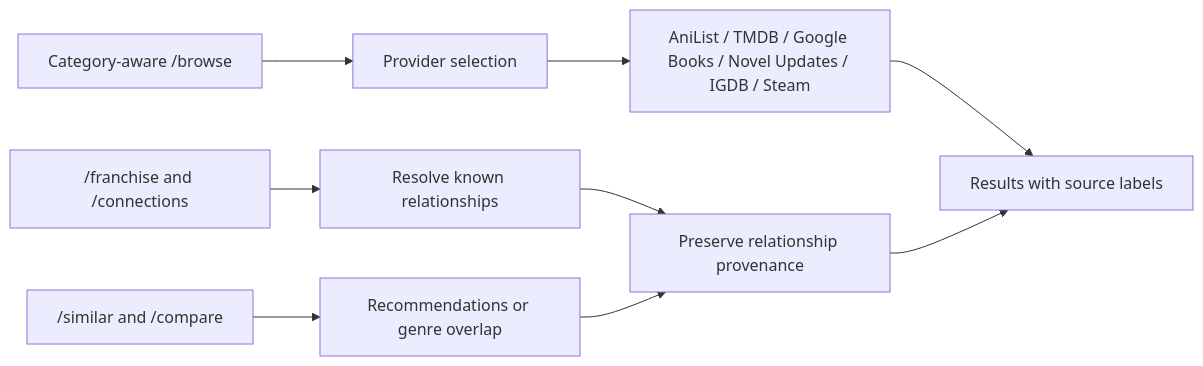
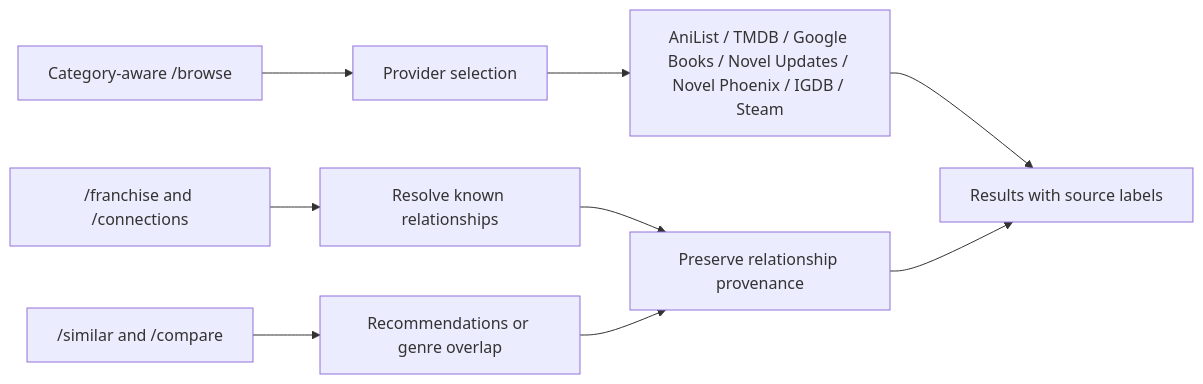
One commit to Kyerstorm/Lemegeton changed the third of 9 diagrams in README.md. Above: the diagram before and after it, drawn with Mermaid. The commit also changed other lines of this file, not shown here.

Commit message:
Document live Novel Updates and Novel Phoenix discovery

````diff
--- a/README.md
+++ b/README.md
@@ -146,11 +146,11 @@
 ```mermaid
 flowchart LR
     Search["Category-aware /browse"] --> Router["Provider selection"]
     Franchise["/franchise and /connections"] --> Relations["Resolve known relationships"]
     Similar["/similar and /compare"] --> Signals["Recommendations or genre overlap"]
-    Router --> Providers["AniList / TMDB / Google Books / Novel Updates / IGDB / Steam"]
+    Router --> Providers["AniList / TMDB / Google Books / Novel Updates / Novel Phoenix / IGDB / Steam"]
     Relations --> Evidence["Preserve relationship provenance"]
     Signals --> Evidence
     Providers --> Results["Results with source labels"]
     Evidence --> Results
 ```
````
